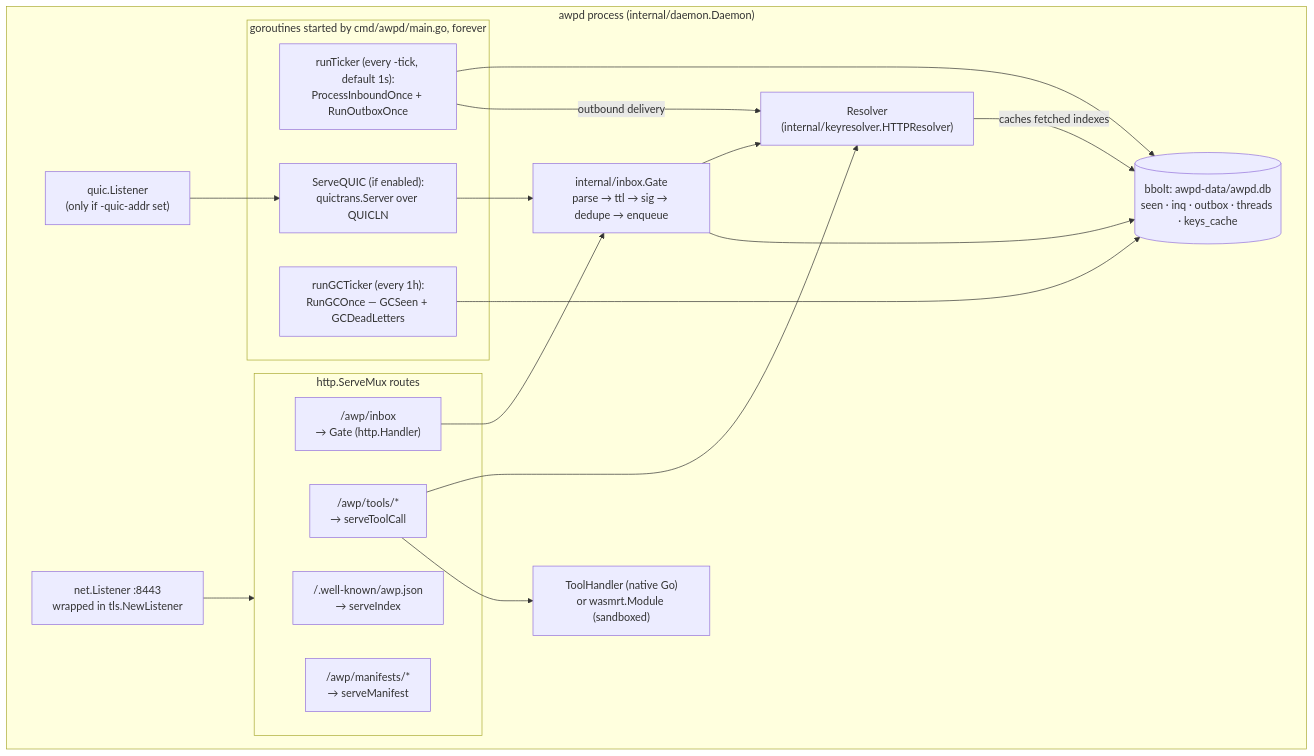
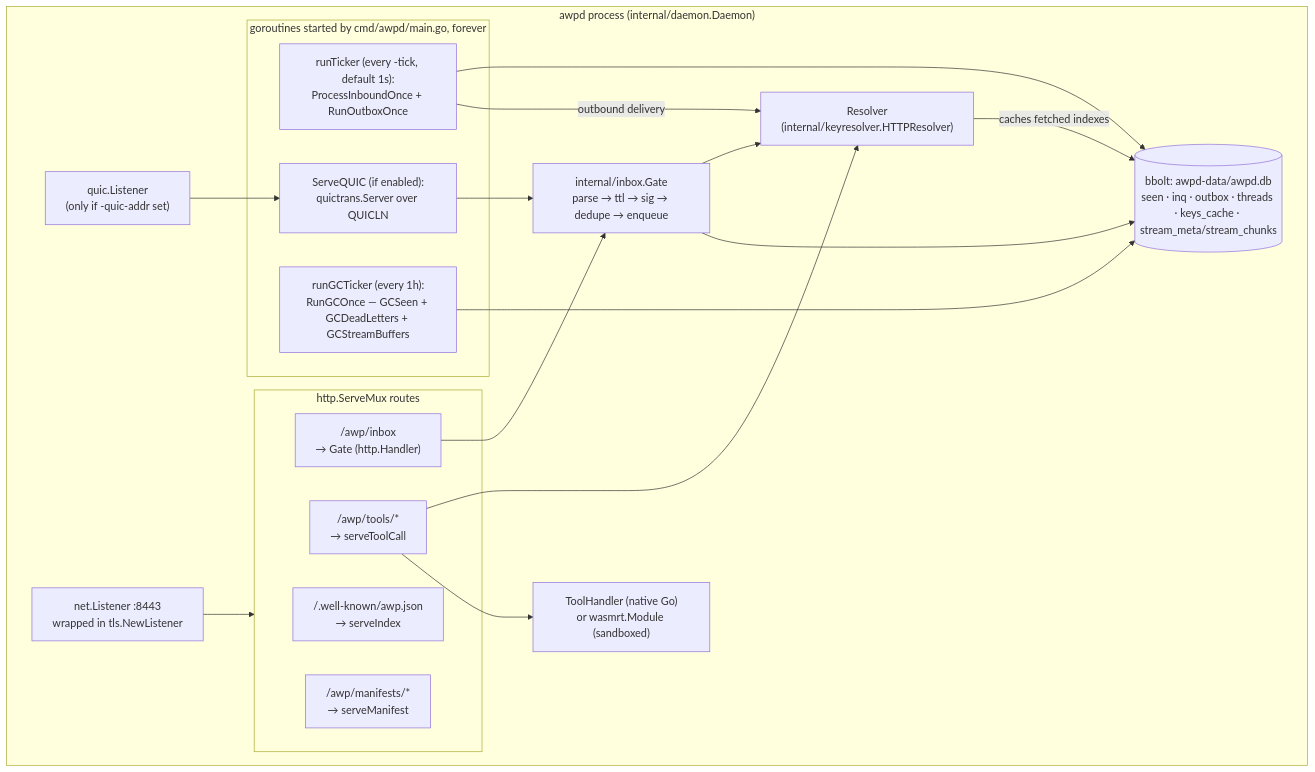
One commit to agentask/awp changed the second of 5 diagrams in docs/architecture.md. Above: the diagram before and after it, drawn with Mermaid. The commit also changed other lines of this file and 9 other files, not shown here.

````diff
--- a/docs/architecture.md
+++ b/docs/architecture.md
@@ -61,39 +61,39 @@
 ```mermaid
 flowchart TB
     subgraph proc ["awpd process (internal/daemon.Daemon)"]
         LISTENER["net.Listener :8443<br/>wrapped in tls.NewListener"]
         QUICLN["quic.Listener<br/>(only if -quic-addr set)"]
 
         subgraph mux ["http.ServeMux routes"]
             R_INDEX["/.well-known/awp.json<br/>→ serveIndex"]
             R_INBOX["/awp/inbox<br/>→ Gate (http.Handler)"]
             R_MANIFEST["/awp/manifests/*<br/>→ serveManifest"]
             R_TOOLS["/awp/tools/*<br/>→ serveToolCall"]
         end
 
         GATE["internal/inbox.Gate<br/>parse → ttl → sig → dedupe → enqueue"]
         RESOLVER["Resolver<br/>(internal/keyresolver.HTTPResolver)"]
 
         subgraph loops ["goroutines started by cmd/awpd/main.go, forever"]
             L_TICK["runTicker (every -tick, default 1s):<br/>ProcessInboundOnce + RunOutboxOnce"]
-            L_GC["runGCTicker (every 1h):<br/>RunGCOnce — GCSeen + GCDeadLetters"]
+            L_GC["runGCTicker (every 1h):<br/>RunGCOnce — GCSeen + GCDeadLetters + GCStreamBuffers"]
             L_QUIC["ServeQUIC (if enabled):<br/>quictrans.Server over QUICLN"]
         end
 
         EXEC["ToolHandler (native Go)<br/>or wasmrt.Module (sandboxed)"]
-        STORE[("bbolt: awpd-data/awpd.db<br/>seen · inq · outbox · threads · keys_cache")]
+        STORE[("bbolt: awpd-data/awpd.db<br/>seen · inq · outbox · threads · keys_cache · stream_meta/stream_chunks")]
     end
 
     LISTENER --> mux
     QUICLN --> L_QUIC
     L_QUIC --> GATE
     R_INBOX --> GATE
     R_TOOLS --> RESOLVER
     R_TOOLS --> EXEC
     GATE --> RESOLVER
     GATE --> STORE
     RESOLVER -->|"caches fetched indexes"| STORE
     L_TICK --> STORE
     L_TICK -->|"outbound delivery"| RESOLVER
     L_GC --> STORE
 ```
````
